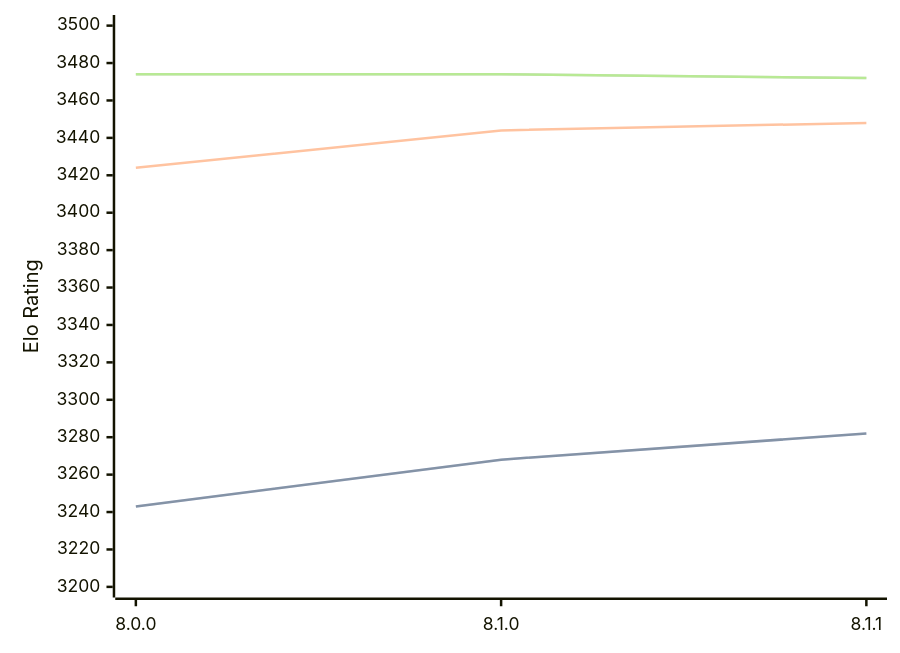
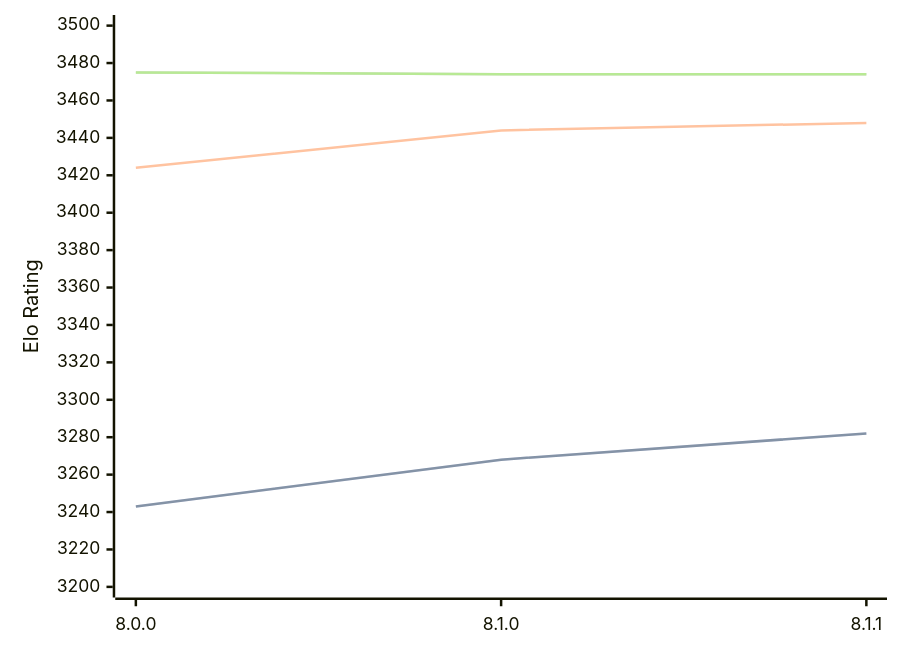
The diagram in engines/Velvet.md (computer-chess-index/cci), drawn with Mermaid before and after one commit. The commit also changed other lines of this file, not shown here.

Commit message:
Update CCI Ratings (ELO VLTC) - 2026-09-05

````diff
--- a/engines/Velvet.md
+++ b/engines/Velvet.md
@@ -33,11 +33,11 @@
 ```mermaid
 %%{init: {"theme":"base","themeVariables":{"seriesColors:['#a3a3a3','#222221','#faa371']}}}%%
 xychart-beta
   x-axis ["8.0.0", "8.1.0", "8.1.1"]
   y-axis "Elo Rating" 3200 --> 3500
   line "" [3243, 3268, 3282]
   line "STC (8.0+0.08s)" [3243, 3268, 3282]
   line "LTC (60.0+0.60s)" [3424, 3444, 3448]
-  line "" [3474, 3474, 3472]
-  line "VLTC (2m24s+1.12s)" [3474, 3474, 3472]
+  line "" [3475, 3474, 3474]
+  line "VLTC (2m24s+1.12s)" [3475, 3474, 3474]
 ```
````
